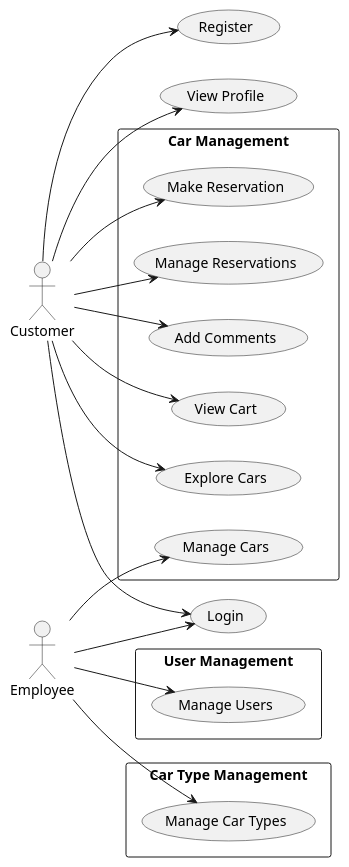
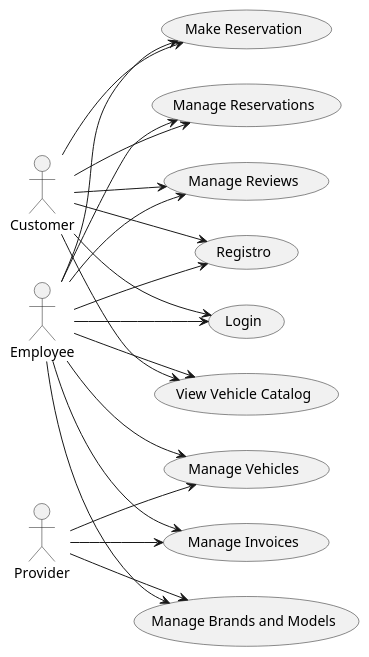
The diagram in docs/useCase.puml (andreuador/LegacyMotors3.0), drawn with PlantUML before and after one commit. The commit also changed 3 other files, not shown here.

```diff
--- a/docs/useCase.puml
+++ b/docs/useCase.puml
@@ -1,30 +1,36 @@
-@startuml LegacyMotorsUseCases
+@startuml
+left to right direction
+actor Customer
+actor Employee
+actor Provider
 
-left to right direction
+usecase "Registro" as UC1
+usecase "Login" as UC2
+usecase "View Vehicle Catalog" as UC3
+usecase "Make Reservation" as UC4
+usecase "Manage Reservations" as UC5
+usecase "Manage Vehicles" as UC6
+usecase "Manage Invoices" as UC7
+usecase "Manage Reviews" as UC8
+usecase "Manage Brands and Models" as UC9
 
-actor Customer as Customer
-actor Employee as Employee
-
-rectangle "Car Management" {
-    Customer --> (Explore Cars) /' Explorar Cotxes '/
-    Customer --> (Make Reservation) /' Realitzar Reserva '/
-    Customer --> (Manage Reservations) /' Gestionar Reserves '/
-    Customer --> (Add Comments) /' Afegir Comentaris '/
-    Customer --> (View Cart) /' Veure Carret '/
-    Employee --> (Manage Cars) /' Gestionar Cotxes '/
-}
-
-rectangle "User Management" {
-    Employee --> (Manage Users) /' Gestinar Usuaris '/
-}
-
-rectangle "Car Type Management" {
-    Employee --> (Manage Car Types) /' Gestionar Tipus de Cotxes '/
-}
-
-Customer --> (Login) /' Iniciar Sessió '/
-Customer --> (Register) /' Registrar-se '/
-Customer --> (View Profile) /' Veure Perfil '/
-Employee --> (Login) /' Iniciar Sessió '/
+Customer --> (UC1)
+Customer --> (UC2)
+Customer --> (UC3)
+Customer --> (UC4)
+Customer --> (UC5)
+Customer --> (UC8)
+Employee --> (UC1)
+Employee --> (UC2)
+Employee --> (UC3)
+Employee --> (UC4)
+Employee --> (UC5)
+Employee --> (UC6)
+Employee --> (UC7)
+Employee --> (UC8)
+Employee --> (UC9)
+Provider --> (UC6)
+Provider --> (UC7)
+Provider --> (UC9)
 
 @enduml
```
